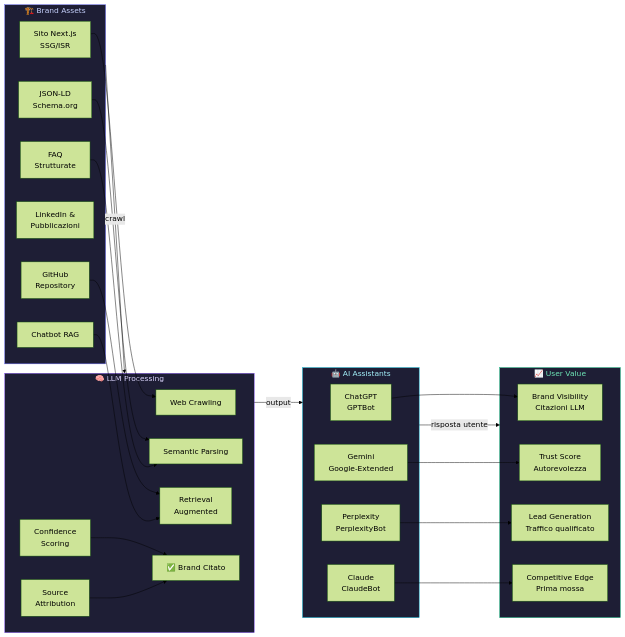
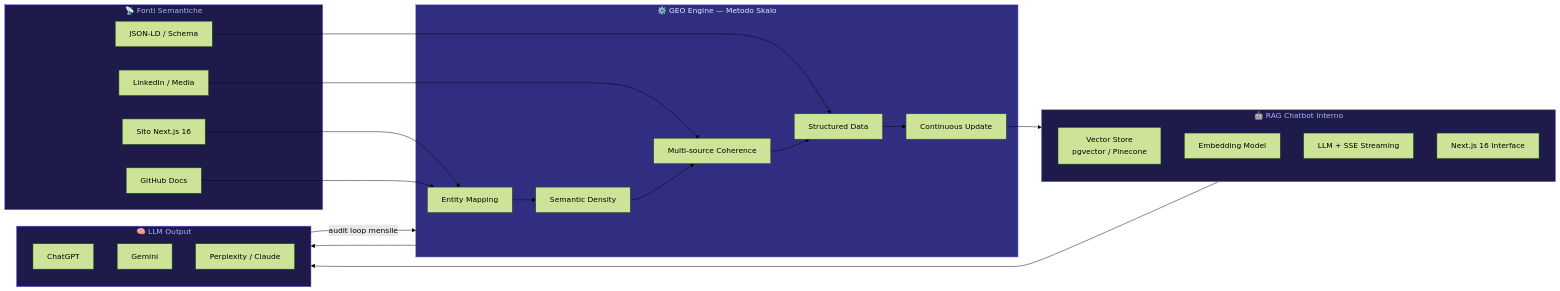
The diagram in guide/geo-generative-engine-optimization.md (cryptogoldit/skalo-agency-guides), drawn with Mermaid (forest theme) before and after one commit. The commit also changed other lines of this file, not shown here.

Commit message:
update: guida geo-generative-engine-optimization

````diff
--- a/guide/geo-generative-engine-optimization.md
+++ b/guide/geo-generative-engine-optimization.md
@@ -116,57 +85,48 @@
 ```mermaid
 flowchart LR
-    subgraph ASSETS["🏗️ Brand Assets"]
-        A1["Sito Next.js\nSSG/ISR"]
-        A2["JSON-LD\nSchema.org"]
-        A3["GitHub\nRepository"]
-        A4["LinkedIn &\nPubblicazioni"]
-        A5["FAQ\nStrutturate"]
-        A6["Chatbot RAG"]
+    subgraph FONTI["📡 Fonti Semantiche"]
+        A[Sito Next.js 16]
+        B[GitHub Docs]
+        C[LinkedIn / Media]
+        D[JSON-LD / Schema]
     end
 
-    subgraph PROCESSING["🧠 LLM Processing"]
-        P1["Web Crawling"]
-        P2["Semantic Parsing"]
-        P3["Retrieval\nAugmented"]
-        P4["Confidence\nScoring"]
-        P5["Source\nAttribution"]
-        P6["✅ Brand Citato"]
+    subgraph GEO["⚙️ GEO Engine — Metodo Skalo"]
+        E[Entity Mapping]
+        F[Semantic Density]
+        G[Multi-source Coherence]
+        H[Structured Data]
+        I[Continuous Update]
     end
 
-    subgraph ASSISTANTS["🤖 AI Assistants"]
-        L1["ChatGPT\nGPTBot"]
-        L2["Gemini\nGoogle-Extended"]
-        L3["Perplexity\nPerplexityBot"]
-        L4["Claude\nClaudeBot"]
+    subgraph RAG["🤖 RAG Chatbot Interno"]
+        J[Vector Store\npgvector / Pinecone]
+        K[Embedding Model]
+        L[LLM + SSE Streaming]
+        M[Next.js 16 Interface]
     end
 
-    subgraph VALUE["📈 User Value"]
-        V1["Brand Visibility\nCitazioni LLM"]
-        V2["Trust Score\nAutorevolezza"]
-        V3["Lead Generation\nTraffico qualificato"]
-        V4["Competitive Edge\nPrima mossa"]
+    subgraph LLM["🧠 LLM Output"]
+        N[ChatGPT]
+        O[Gemini]
+        P[Perplexity / Claude]
     end
 
-    ASSETS -->|crawl| PROCESSING
-    PROCESSING -->|output| ASSISTANTS
-    ASSISTANTS -->|risposta utente| VALUE
+    A --> E
+    B --> E
+    C --> G
+    D --> H
+    E --> F
+    F --> G
+    G --> H
+    H --> I
+    I --> RAG
+    GEO --> LLM
+    RAG --> LLM
+    LLM -->|audit loop mensile| GEO
 
-    A1 --> P1
-    A2 --> P2
-    A3 --> P3
-    A5 --> P2
-    A6 --> P3
-
-    P4 --> P6
-    P5 --> P6
-
-    L1 --> V1
-    L2 --> V2
-    L3 --> V3
-    L4 --> V4
-
-    style ASSETS fill:#1e1e35,stroke:#6366f1,color:#c7d2fe
-    style PROCESSING fill:#1e1e35,stroke:#8b5cf6,color:#ddd6fe
-    style ASSISTANTS fill:#1e1e35,stroke:#06b6d4,color:#a5f3fc
-    style VALUE fill:#1e1e35,stroke:#10b981,color:#6ee7b7
+    style FONTI fill:#1e1b4b,stroke:#6366f1,color:#a5b4fc
+    style GEO fill:#312e81,stroke:#818cf8,color:#e0e7ff
+    style RAG fill:#1e1b4b,stroke:#6366f1,color:#a5b4fc
+    style LLM fill:#1e1b4b,stroke:#6366f1,color:#a5b4fc
 ```
````
